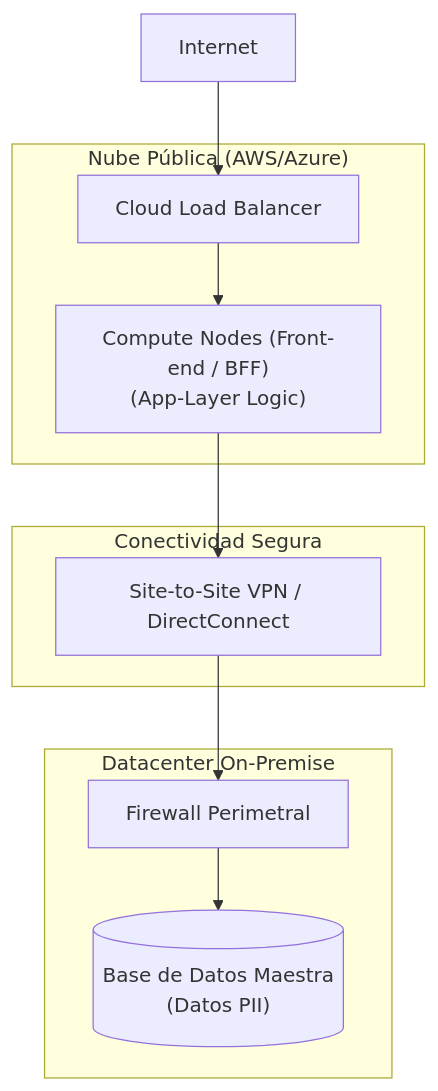
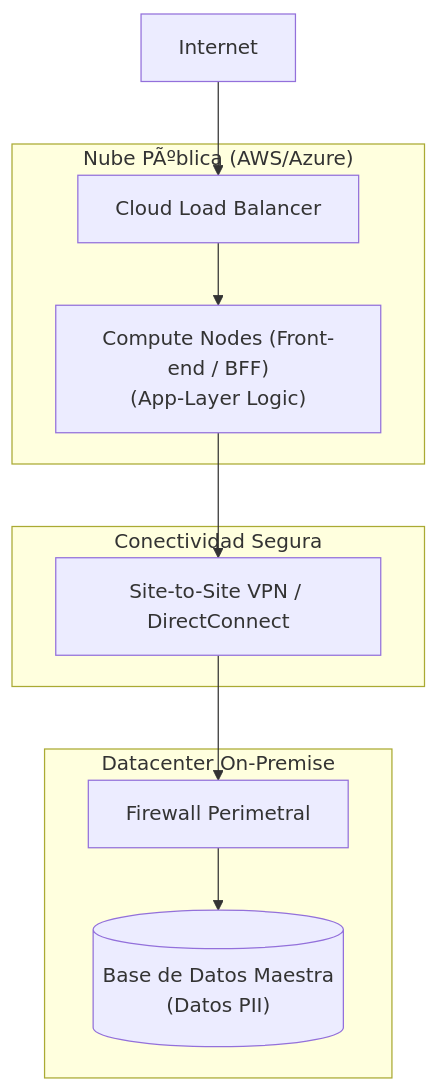
Before and after one commit to beyondnetcode/arc32_nodejs_progresive_monolith: the fourth of 4 diagrams in architecture/blueprints-es/multi-cloud-deployment-scenarios.md, drawn with Mermaid. The commit also changed other lines of this file and 303 other files, not shown here.

````diff
--- a/architecture/blueprints-es/multi-cloud-deployment-scenarios.md
+++ b/architecture/blueprints-es/multi-cloud-deployment-scenarios.md
@@ -259,20 +259,20 @@
 ```mermaid
 graph TD
-    subgraph PublicCloud["Nube Pública (AWS/Azure)"]
+    subgraph PublicCloud["Nube PÃºblica (AWS/Azure)"]
         LB["Cloud Load Balancer"]
         AppNodes["Compute Nodes (Front-end / BFF)\n(App-Layer Logic)"]
     end
     subgraph Conex["Conectividad Segura"]
         VPN["Site-to-Site VPN / DirectConnect"]
     end
     subgraph OnPrem["Datacenter On-Premise"]
         SecFW["Firewall Perimetral"]
         CoreDB[("Base de Datos Maestra\n(Datos PII)")]
     end
     
     Internet --> LB
     LB --> AppNodes
     AppNodes --> VPN
     VPN --> SecFW
     SecFW --> CoreDB
 ```
````
